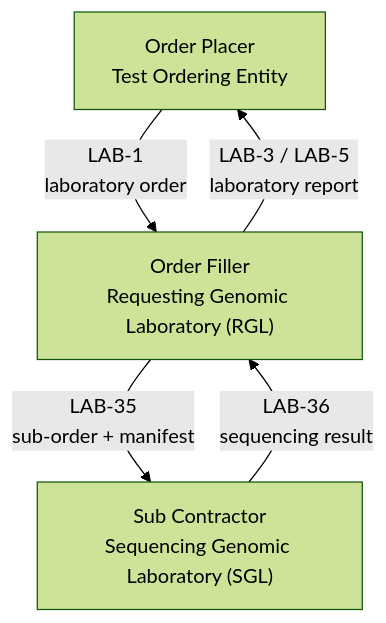
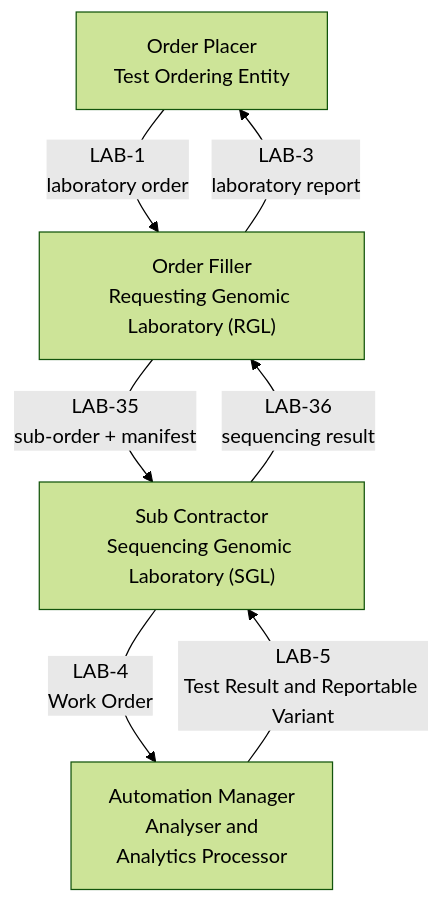
Before and after one commit to nw-gmsa/nw-gmsa.github.com: the second of 3 diagrams in input/pagecontent/dWGS.md, drawn with Mermaid (forest theme). The commit also changed other lines of this file and 1 other file, not shown here.

First line of the commit message:
Add background-process diagrams and cross-links to dWGS and reportable-variants

````diff
--- a/input/pagecontent/dWGS.md
+++ b/input/pagecontent/dWGS.md
@@ -98,11 +118,14 @@
 ```mermaid
 flowchart TD
-    OP["Order Placer<br/>Test Ordering Entity"]
-    OF["Order Filler<br/>Requesting Genomic Laboratory (RGL)"]
-    SC["Sub Contractor<br/>Sequencing Genomic Laboratory (SGL)"]
+  OP["Order Placer<br/>Test Ordering Entity"]
+  OF["Order Filler<br/>Requesting Genomic Laboratory (RGL)"]
+  SC["Sub Contractor<br/>Sequencing Genomic Laboratory (SGL)"]
+  ANP["Automation Manager<br/>Analyser and<br/>Analytics Processor"]
 
-    OP -- "LAB-1<br/>laboratory order" --> OF
-    OF -- "LAB-35<br/>sub-order + manifest" --> SC
-    SC -- "LAB-36<br/>sequencing result" --> OF
-    OF -- "LAB-3 / LAB-5<br/>laboratory report" --> OP
+  OP -- "LAB-1<br/>laboratory order" --> OF
+  OF -- "LAB-35<br/>sub-order + manifest" --> SC
+  SC -- "LAB-36<br/>sequencing result" --> OF
+  OF -- "LAB-3<br/>laboratory report" --> OP
+  SC -- "LAB-4<br/>Work Order" --> ANP
+  ANP -- "LAB-5<br/>Test Result and Reportable Variant" --> SC
 ```
````
